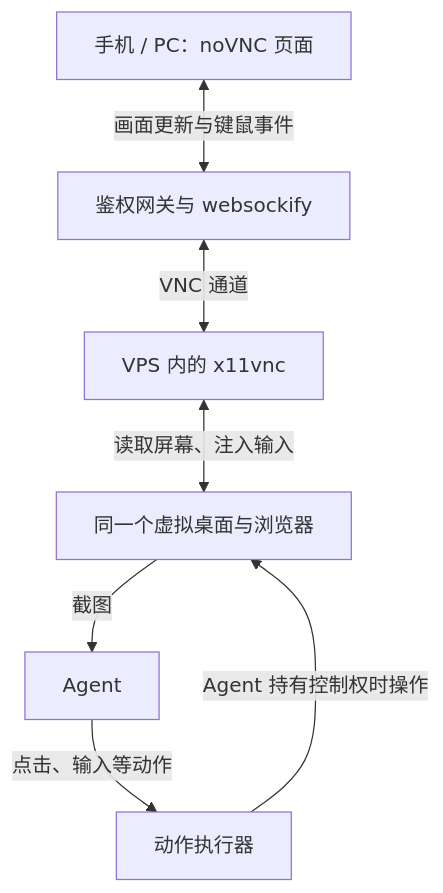
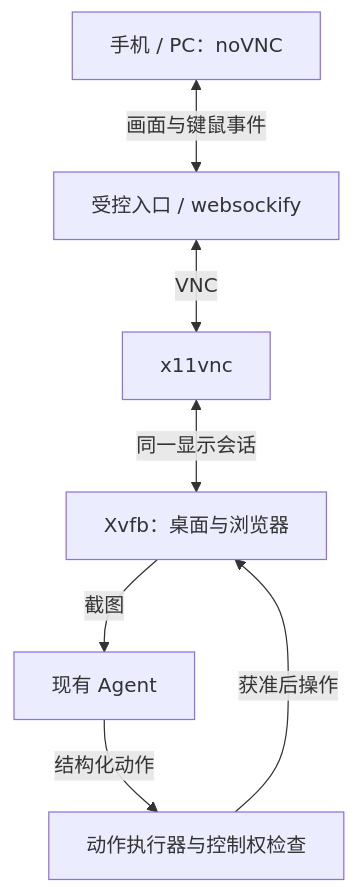
One commit to Nunchakus888/dossierkit changed the diagram in profiles/default/content/zh/notes/chatgpt-dots-agent-harness-agent-codex-agent.mdx. Above: the diagram before and after it, drawn with Mermaid. The commit also changed other lines of this file and 1 other file, not shown here.

Commit message:
Update note: 给 AI Agent 一台能随时接管的电脑：开源方案与 VPS 实战

````diff
--- a/profiles/default/content/zh/notes/chatgpt-dots-agent-harness-agent-codex-agent.mdx
+++ b/profiles/default/content/zh/notes/chatgpt-dots-agent-harness-agent-codex-agent.mdx
@@ -61,9 +39,9 @@
 ```mermaid
 flowchart TB
-    U[手机 / PC：noVNC 页面] <-->|画面更新与键鼠事件| G[鉴权网关与 websockify]
-    G <-->|VNC 通道| V[VPS 内的 x11vnc]
-    V <-->|读取屏幕、注入输入| D[同一个虚拟桌面与浏览器]
-    D -->|截图| A[Agent]
-    A -->|点击、输入等动作| E[动作执行器]
-    E -->|Agent 持有控制权时操作| D
+    H[手机 / PC：noVNC] <-->|画面与键鼠事件| G[受控入口 / websockify]
+    G <-->|VNC| V[x11vnc]
+    V <-->|同一显示会话| D[Xvfb：桌面与浏览器]
+    D -->|截图| A[现有 Agent]
+    A -->|结构化动作| E[动作执行器与控制权检查]
+    E -->|获准后操作| D
 ```
````
